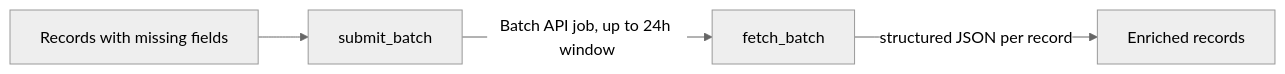
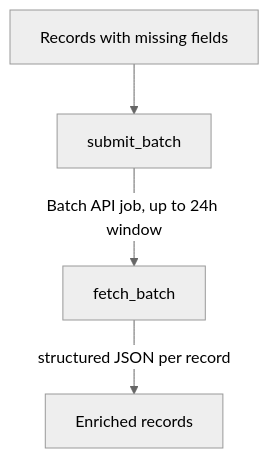
One commit to paulocremas-showcase/ai-enrichment-demo changed the diagram in README.md. Above: the diagram before and after it, drawn with Mermaid (neutral theme).

Commit message:
docs: orient README flowchart vertically for readability

````diff
--- a/README.md
+++ b/README.md
@@ -23,6 +23,6 @@
 ```mermaid
-flowchart LR
+flowchart TD
     A[Records with missing fields] --> B[submit_batch]
     B -->|Batch API job, up to 24h window| C[fetch_batch]
     C -->|structured JSON per record| D[Enriched records]
 ```
````
